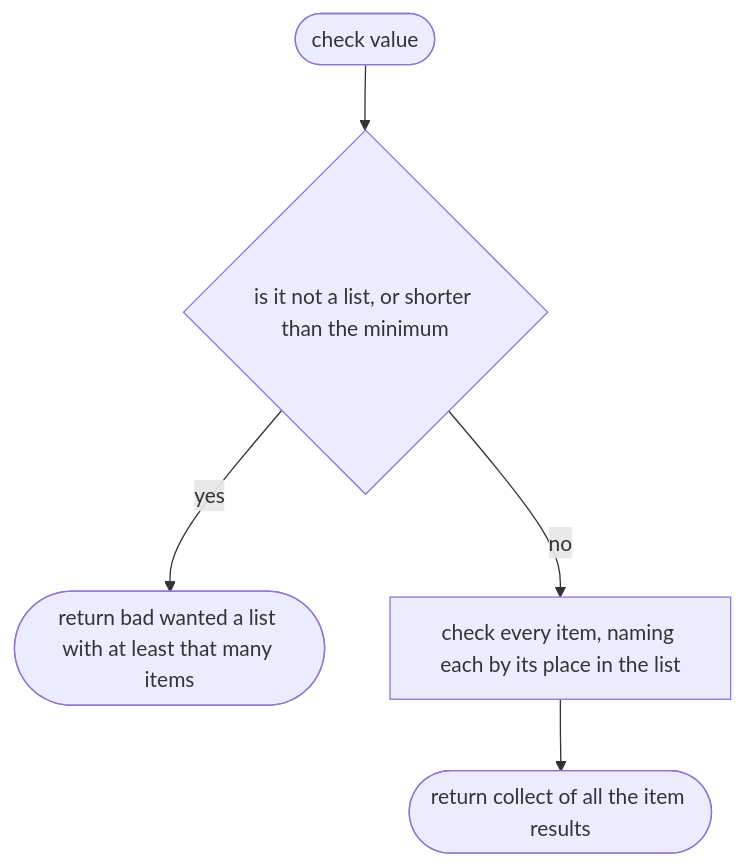
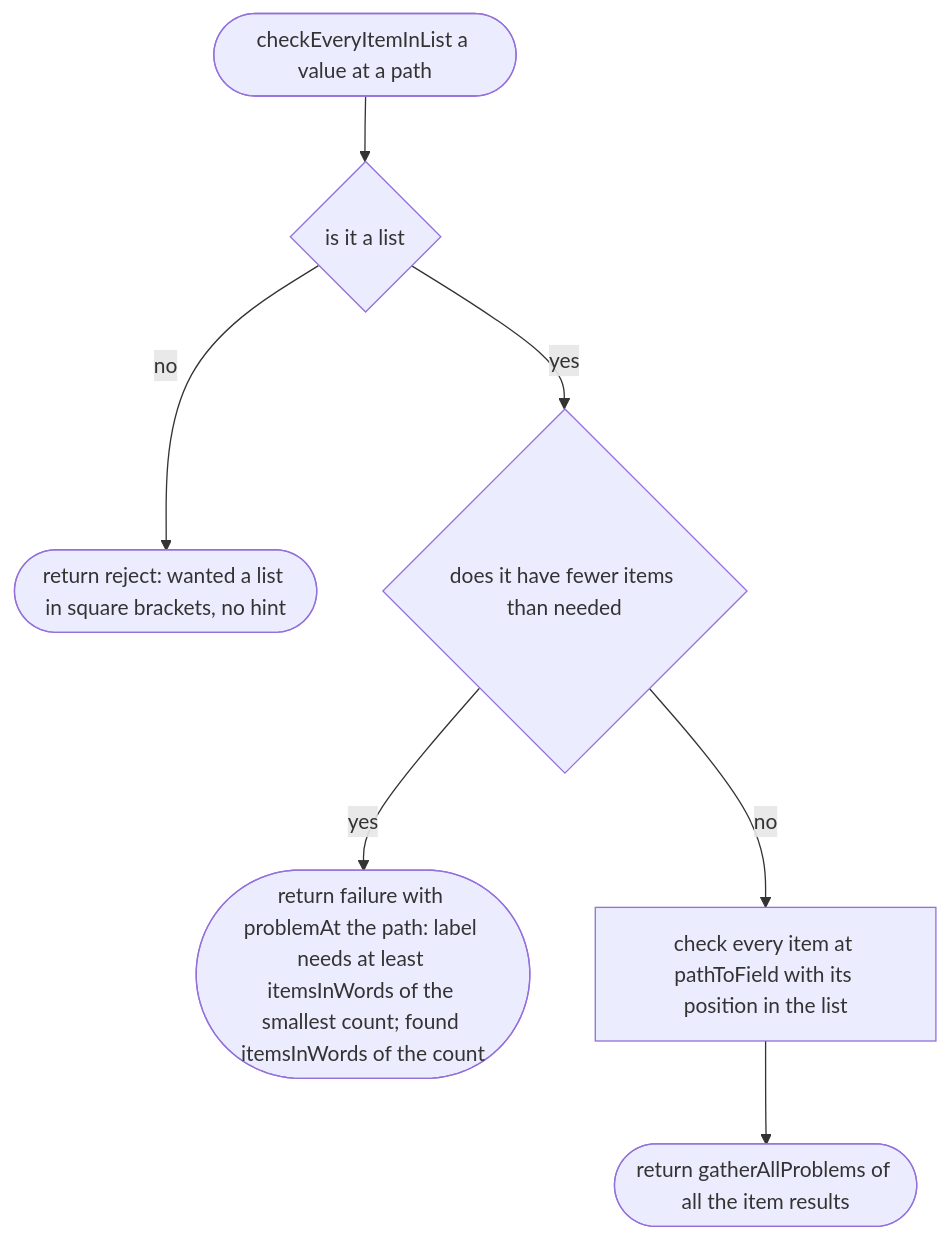
One commit to NewDara-Star/world-engine changed diagram 19 of 37 in docs/designs/src/place/parse.md. Above: the diagram before and after it, drawn with Mermaid. The commit also changed other lines of this file and 9 other files, not shown here.

````diff
--- a/docs/designs/src/place/parse.md
+++ b/docs/designs/src/place/parse.md
@@ -181,12 +280,16 @@
 ```mermaid
 flowchart TD
-  s(["check value"])
-  a{"is it not a list, or shorter than the minimum"}
-  b(["return bad wanted a list with at least that many items"])
-  c["check every item, naming each by its place in the list"]
-  d(["return collect of all the item results"])
+  s(["checkEveryItemInList a value at a path"])
+  a{"is it a list"}
+  b(["return reject: wanted a list in square brackets, no hint"])
+  c{"does it have fewer items than needed"}
+  d(["return failure with problemAt the path: label needs at least itemsInWords of the smallest count; found itemsInWords of the count"])
+  e["check every item at pathToField with its position in the list"]
+  f(["return gatherAllProblems of all the item results"])
   s --> a
-  a -->|"yes"| b
-  a -->|"no"| c
-  c --> d
+  a -->|"no"| b
+  a -->|"yes"| c
+  c -->|"yes"| d
+  c -->|"no"| e
+  e --> f
 ```
````
